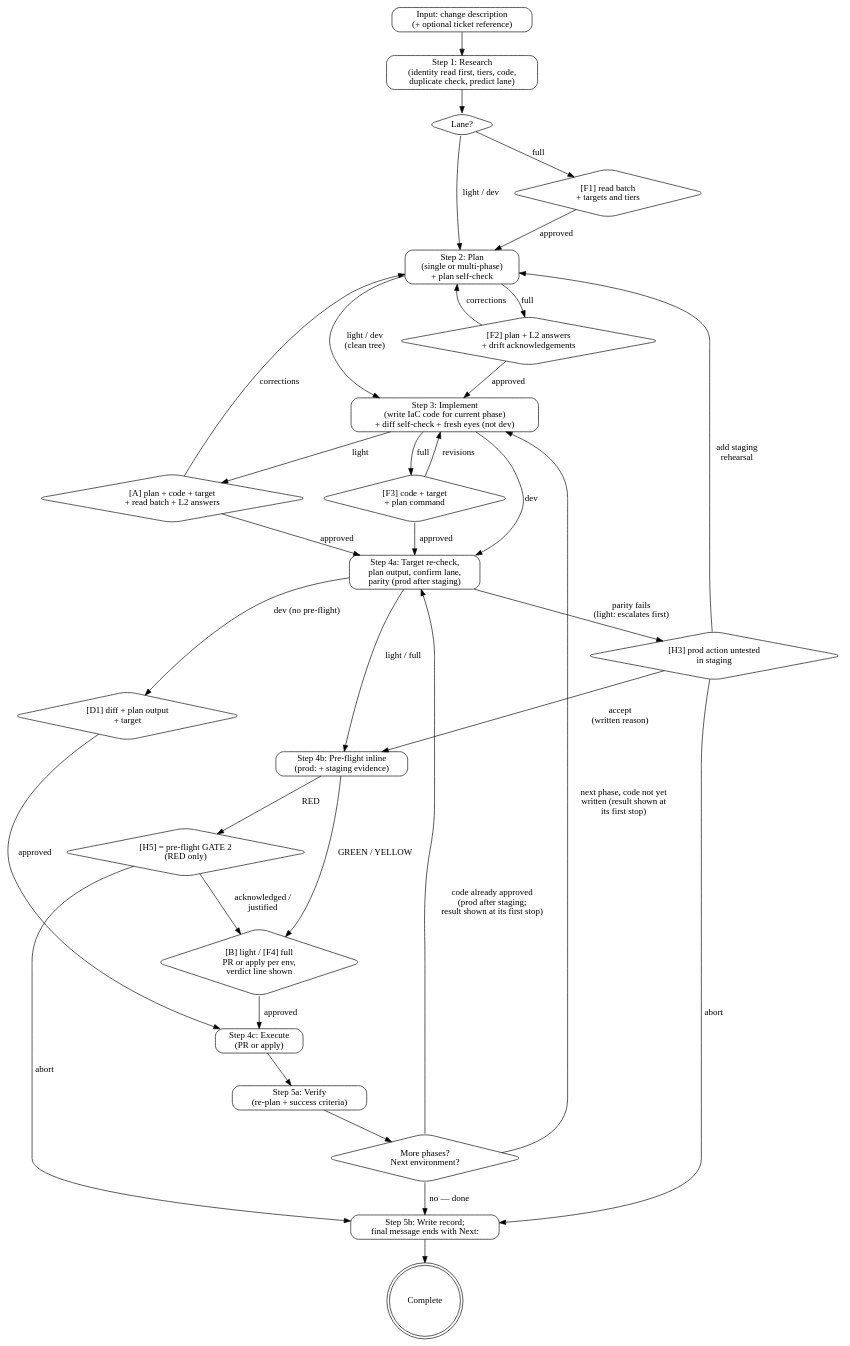
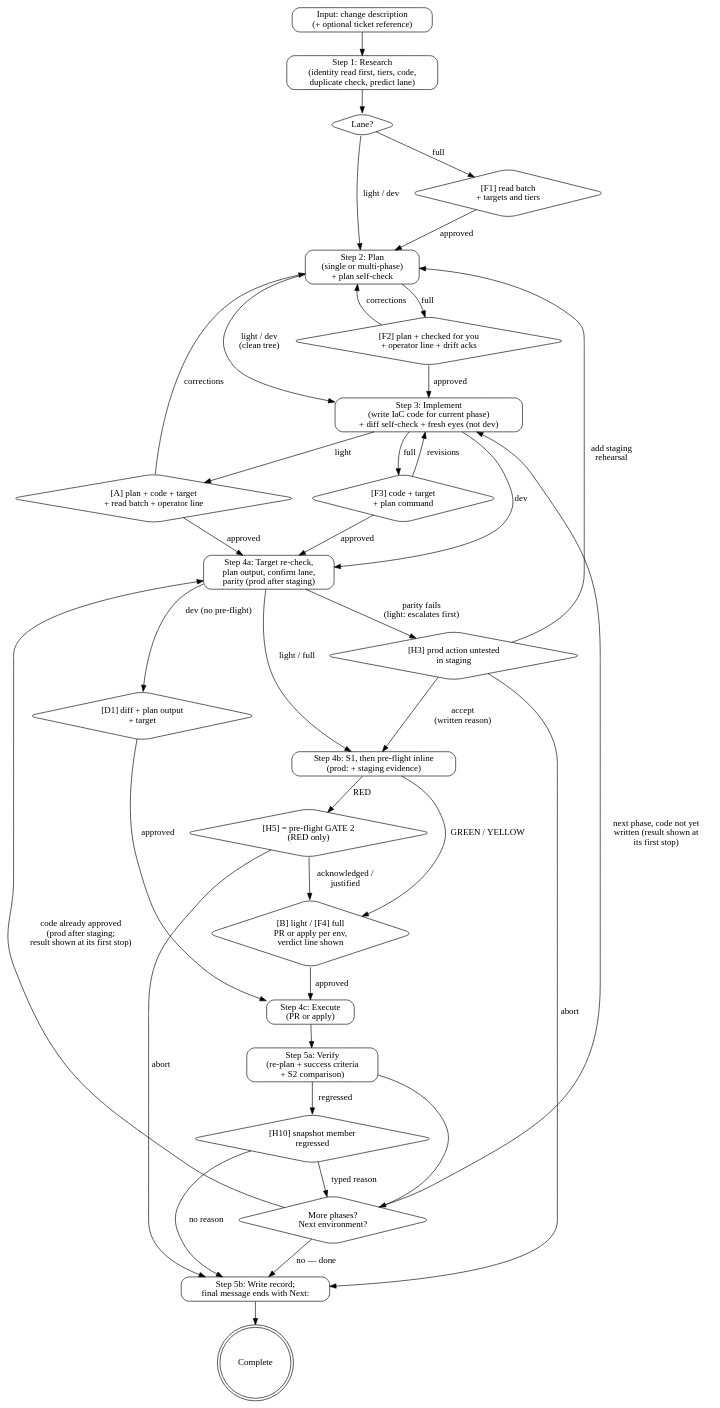
Before and after one commit to culiops/culiops-skills: the diagram in skills/iac-change-execution/SKILL.md, drawn with Graphviz. The commit also changed other lines of this file, not shown here.

Commit message:
iac-change-execution: snapshot before and after apply, L2 from evidence

````diff
--- a/skills/iac-change-execution/SKILL.md
+++ b/skills/iac-change-execution/SKILL.md
@@ -97,61 +99,65 @@
 ```dot
 digraph iac_change {
     rankdir=TB;
     node [shape=box, style=rounded];
 
     input     [label="Input: change description\n(+ optional ticket reference)"];
     research  [label="Step 1: Research\n(identity read first, tiers, code,\nduplicate check, predict lane)"];
     lane      [label="Lane?", shape=diamond];
     f1        [label="[F1] read batch\n+ targets and tiers", shape=diamond];
     plan      [label="Step 2: Plan\n(single or multi-phase)\n+ plan self-check"];
-    f2        [label="[F2] plan + L2 answers\n+ drift acknowledgements", shape=diamond];
+    f2        [label="[F2] plan + checked for you\n+ operator line + drift acks", shape=diamond];
     implement [label="Step 3: Implement\n(write IaC code for current phase)\n+ diff self-check + fresh eyes (not dev)"];
     f3        [label="[F3] code + target\n+ plan command", shape=diamond];
-    a         [label="[A] plan + code + target\n+ read batch + L2 answers", shape=diamond];
+    a         [label="[A] plan + code + target\n+ read batch + operator line", shape=diamond];
     planout   [label="Step 4a: Target re-check,\nplan output, confirm lane,\nparity (prod after staging)"];
     h3        [label="[H3] prod action untested\nin staging", shape=diamond];
-    preflight [label="Step 4b: Pre-flight inline\n(prod: + staging evidence)"];
+    preflight [label="Step 4b: S1, then pre-flight inline\n(prod: + staging evidence)"];
     h5        [label="[H5] = pre-flight GATE 2\n(RED only)", shape=diamond];
     execstop  [label="[B] light / [F4] full\nPR or apply per env,\nverdict line shown", shape=diamond];
     d1        [label="[D1] diff + plan output\n+ target", shape=diamond];
     execute   [label="Step 4c: Execute\n(PR or apply)"];
-    verify    [label="Step 5a: Verify\n(re-plan + success criteria)"];
+    verify    [label="Step 5a: Verify\n(re-plan + success criteria\n+ S2 comparison)"];
+    h10       [label="[H10] snapshot member\nregressed", shape=diamond];
     phase     [label="More phases?\nNext environment?", shape=diamond];
     record    [label="Step 5b: Write record;\nfinal message ends with Next:"];
 
     input -> research -> lane;
     lane -> f1           [label="full"];
     lane -> plan         [label="light / dev"];
     f1 -> plan           [label="approved"];
     plan -> f2           [label="full"];
     plan -> implement    [label="light / dev\n(clean tree)"];
     f2 -> implement      [label="approved"];
     f2 -> plan           [label="corrections"];
     implement -> f3      [label="full"];
     implement -> a       [label="light"];
     implement -> planout [label="dev"];
     f3 -> planout        [label="approved"];
     f3 -> implement      [label="revisions"];
     a -> planout         [label="approved"];
     a -> plan            [label="corrections"];
     planout -> preflight [label="light / full"];
     planout -> d1        [label="dev (no pre-flight)"];
     planout -> h3        [label="parity fails\n(light: escalates first)"];
     h3 -> preflight      [label="accept\n(written reason)"];
     h3 -> plan           [label="add staging\nrehearsal"];
     h3 -> record         [label="abort"];
     preflight -> execstop [label="GREEN / YELLOW"];
     preflight -> h5      [label="RED"];
     h5 -> execstop       [label="acknowledged /\njustified"];
     h5 -> record         [label="abort"];
     d1 -> execute        [label="approved"];
     execstop -> execute  [label="approved"];
     execute -> verify -> phase;
+    verify -> h10        [label="regressed"];
+    h10 -> phase         [label="typed reason"];
+    h10 -> record        [label="no reason"];
     phase -> implement   [label="next phase, code not yet\nwritten (result shown at\nits first stop)"];
     phase -> planout     [label="code already approved\n(prod after staging;\nresult shown at its first stop)"];
     phase -> record      [label="no — done"];
     record -> done;
 
     done [label="Complete", shape=doublecircle];
 }
 ```
````
